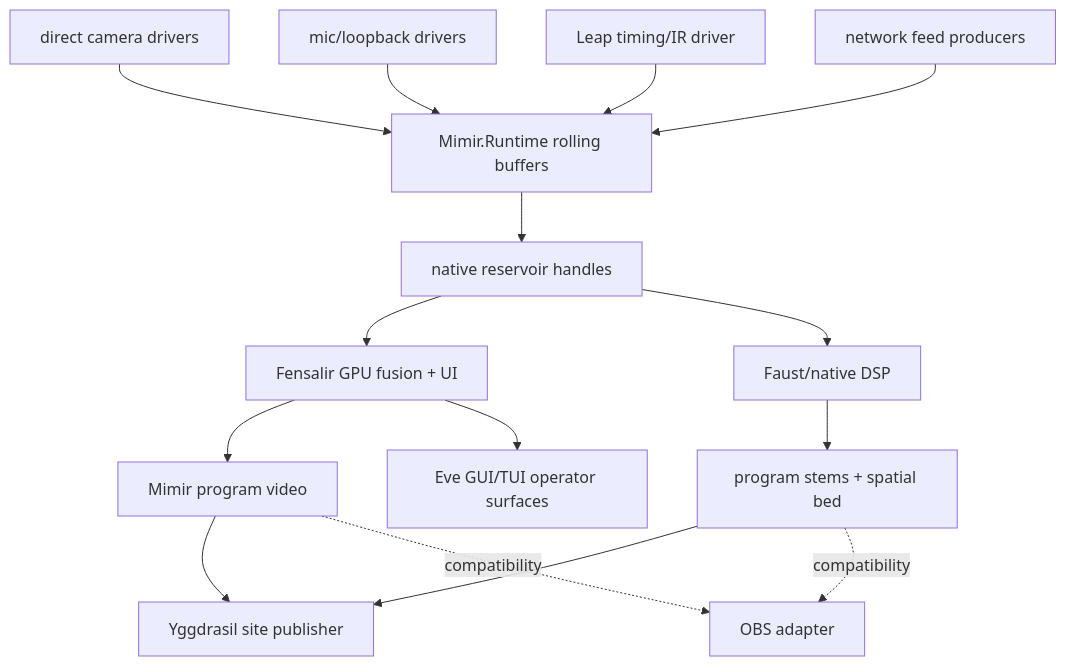
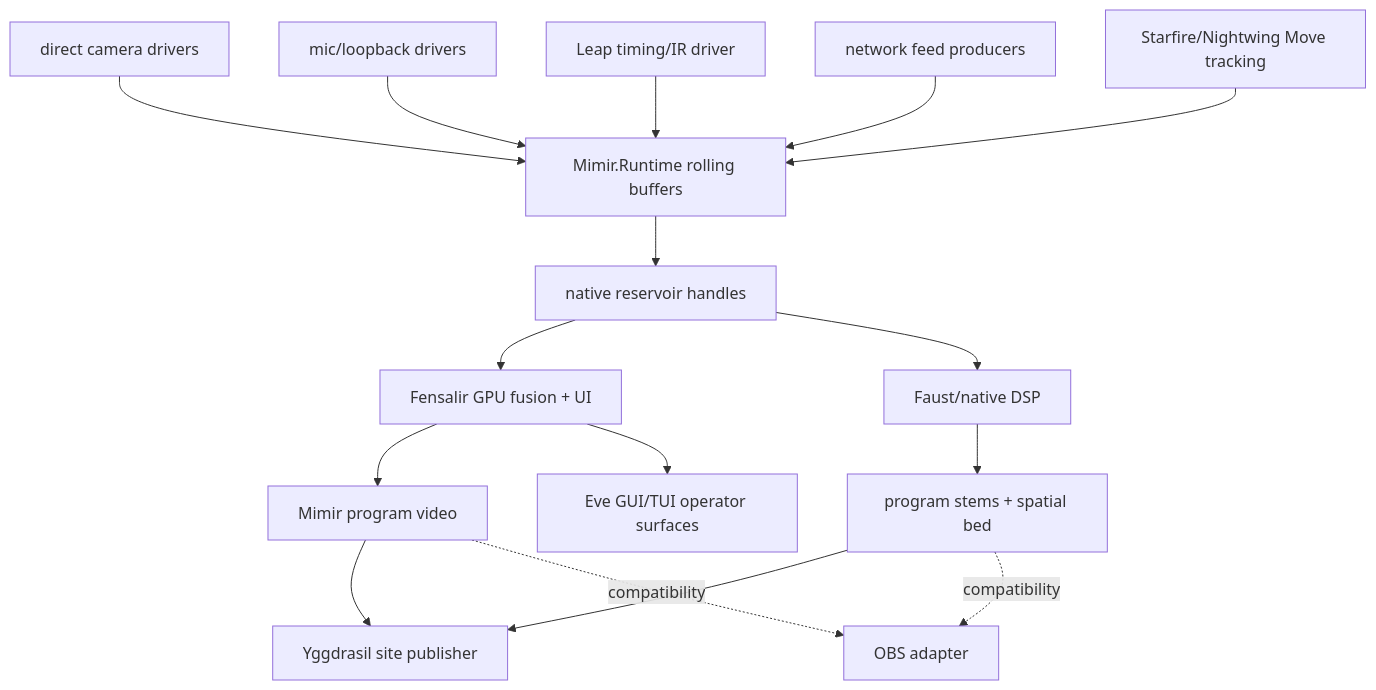
The first of 3 diagrams in notes/current-system-map.md (GameCult/Mimir), drawn with Mermaid before and after one commit. The commit also changed other lines of this file and 15 other files, not shown here.

Commit message:
Add Move tracking observation streams

````diff
--- a/notes/current-system-map.md
+++ b/notes/current-system-map.md
@@ -19,17 +19,18 @@
 ```mermaid
 flowchart TD
     A["direct camera drivers"] --> R["Mimir.Runtime rolling buffers"]
     B["mic/loopback drivers"] --> R
     C["Leap timing/IR driver"] --> R
     D["network feed producers"] --> R
+    M["Starfire/Nightwing Move tracking"] --> R
     R --> N["native reservoir handles"]
     N --> E["Fensalir GPU fusion + UI"]
     N --> F["Faust/native DSP"]
     E --> G["Mimir program video"]
     F --> H["program stems + spatial bed"]
     E --> I["Eve GUI/TUI operator surfaces"]
     G --> J["Yggdrasil site publisher"]
     H --> J
     G -. "compatibility" .-> K["OBS adapter"]
     H -. "compatibility" .-> K
 ```
````
